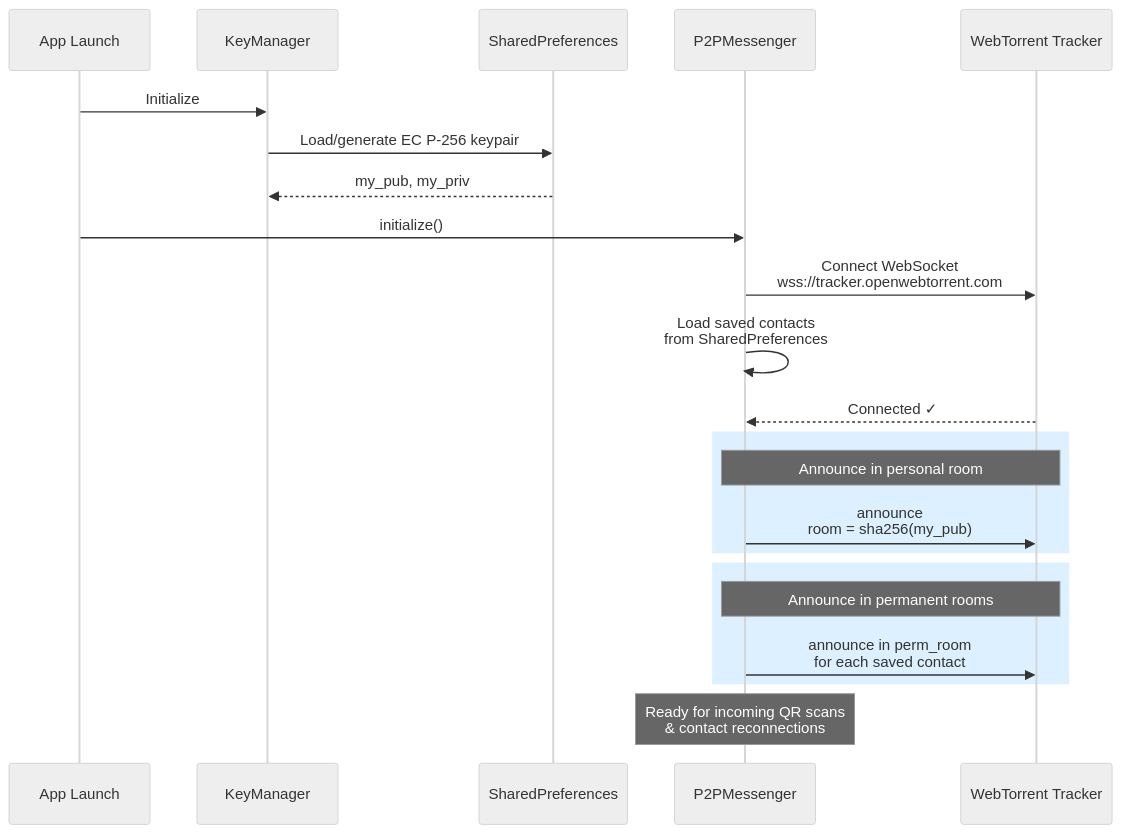
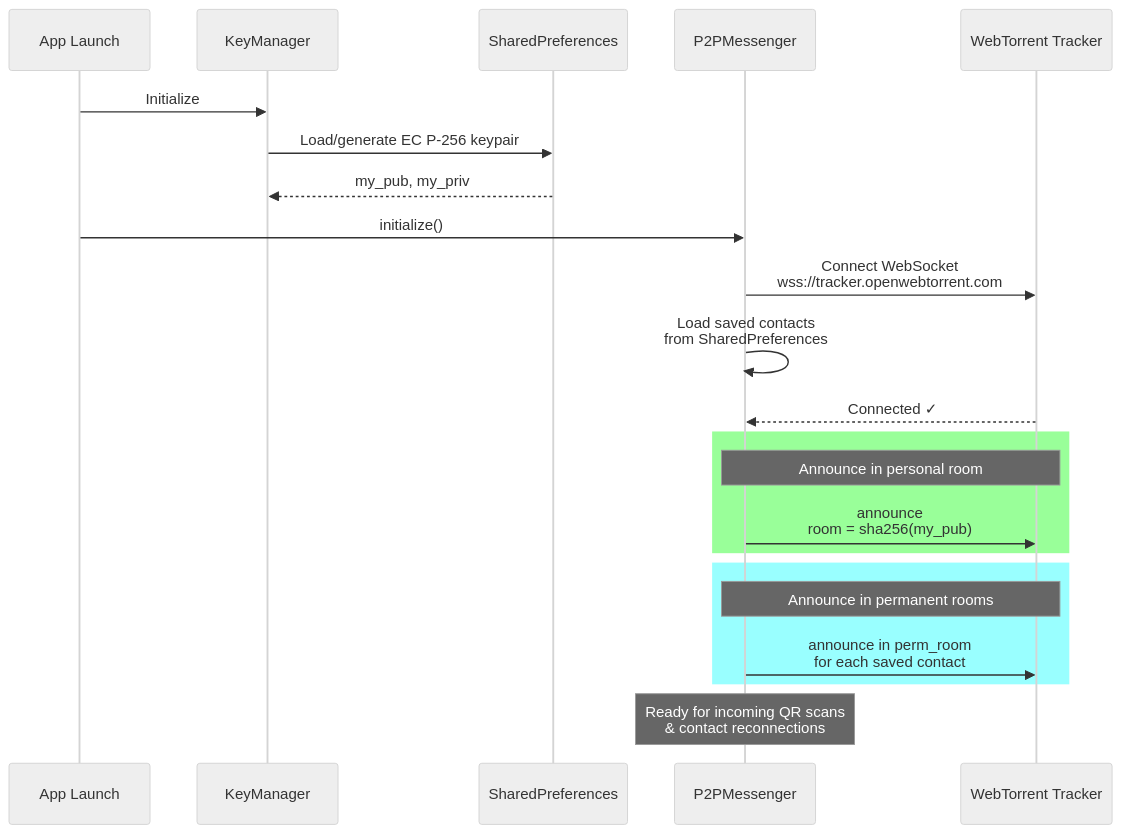
The seventh of 8 diagrams in README.md (davidevecchi/TruSTI), drawn with Mermaid (neutral theme) before and after one commit. The commit also changed other lines of this file, not shown here.

````diff
--- a/README.md
+++ b/README.md
@@ -348,31 +364,31 @@
 ```mermaid
 sequenceDiagram
     participant App as App Launch
     participant KeyMgr as KeyManager
     participant SharedPref as SharedPreferences
     participant Messenger as P2PMessenger
     participant Tracker as WebTorrent Tracker
 
     App->>KeyMgr: Initialize
     KeyMgr->>SharedPref: Load/generate EC P-256 keypair
     SharedPref-->>KeyMgr: my_pub, my_priv
 
     App->>Messenger: initialize()
     Messenger->>Tracker: Connect WebSocket<br/>wss://tracker.openwebtorrent.com
 
     Messenger->>Messenger: Load saved contacts<br/>from SharedPreferences
 
     Tracker-->>Messenger: Connected ✓
 
-    rect rgb(220,240,255)
+    rect rgba(0, 255, 0, 0.4)
     Note over Messenger,Tracker: Announce in personal room
     Messenger->>Tracker: announce<br/>room = sha256(my_pub)
     end
 
-    rect rgb(220,240,255)
+    rect rgba(0, 255, 255, 0.4)
     Note over Messenger,Tracker: Announce in permanent rooms
     Messenger->>Tracker: announce in perm_room<br/>for each saved contact
     end
 
     Note over Messenger: Ready for incoming QR scans<br/>& contact reconnections
 ```
````
